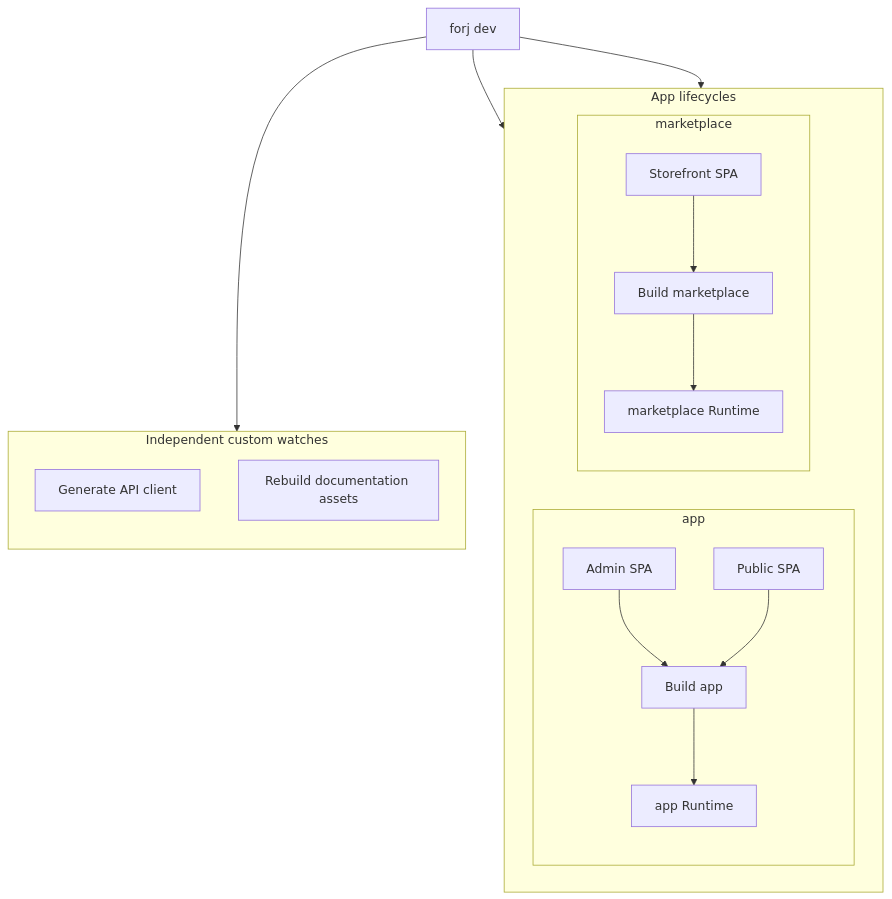
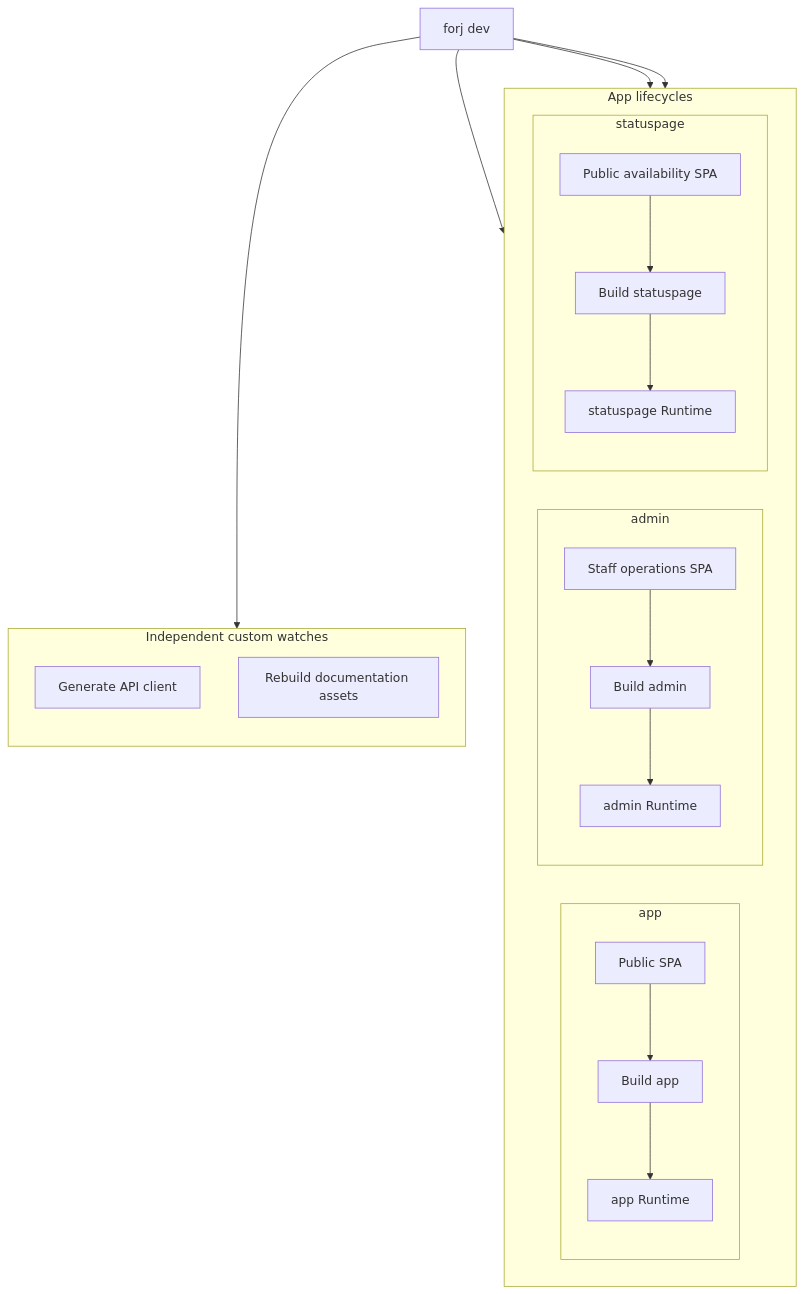
The second of 3 diagrams in docs/developer-tools/forj-dev.md (goforj/docs), drawn with Mermaid before and after one commit. The commit also changed other lines of this file and 47 other files, not shown here.

````diff
--- a/docs/developer-tools/forj-dev.md
+++ b/docs/developer-tools/forj-dev.md
@@ -75,31 +75,37 @@
 ```mermaid
 flowchart TB
   dev["forj dev"]
 
   subgraph apps["App lifecycles"]
     direction LR
 
     subgraph main["app"]
       direction TB
-      admin["Admin SPA"] --> appBuild["Build app"]
-      site["Public SPA"] --> appBuild
+      site["Public SPA"] --> appBuild["Build app"]
       appBuild --> appRuntime["app Runtime"]
     end
 
-    subgraph marketplace["marketplace"]
+    subgraph admin["admin"]
       direction TB
-      store["Storefront SPA"] --> marketBuild["Build marketplace"]
-      marketBuild --> marketRuntime["marketplace Runtime"]
+      operations["Staff operations SPA"] --> adminBuild["Build admin"]
+      adminBuild --> adminRuntime["admin Runtime"]
+    end
+
+    subgraph statuspage["statuspage"]
+      direction TB
+      availability["Public availability SPA"] --> statusBuild["Build statuspage"]
+      statusBuild --> statusRuntime["statuspage Runtime"]
     end
   end
 
   subgraph watches["Independent custom watches"]
     direction TB
     client["Generate API client"]
     docs["Rebuild documentation assets"]
   end
 
   dev --> main
-  dev --> marketplace
+  dev --> admin
+  dev --> statuspage
   dev --> watches
 ```
````
